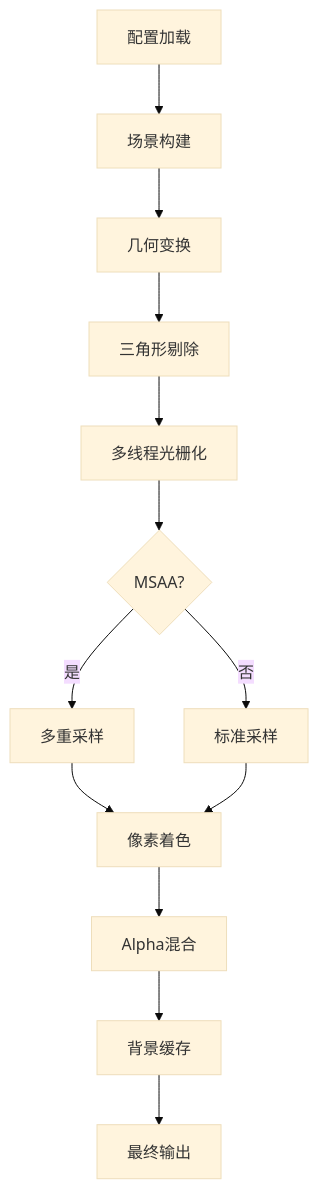
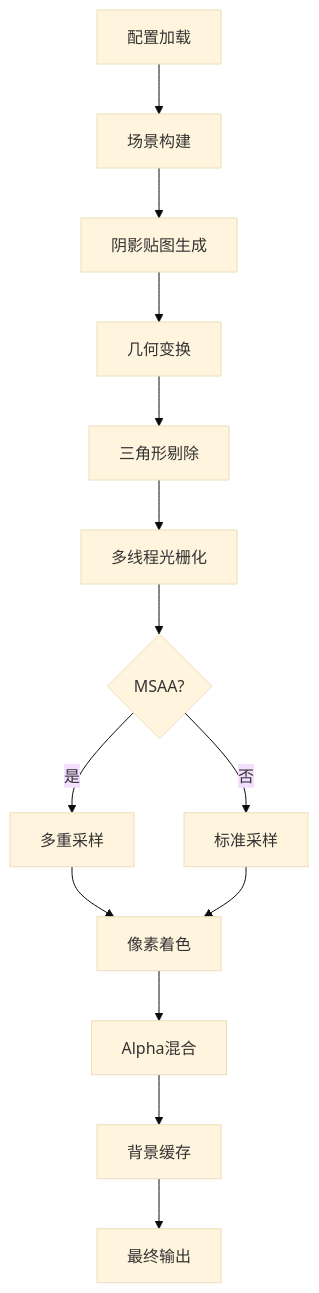
The diagram in README.md (Rukkhadevata123/rasterizer-rust), drawn with Mermaid (base theme) before and after one commit. The commit also changed other lines of this file and 13 other files, not shown here.

````diff
--- a/README.md
+++ b/README.md
@@ -203,15 +227,16 @@
 ```mermaid
 graph TD
     A[配置加载] --> B[场景构建]
-    B --> C[几何变换]
-    C --> D[三角形剔除]
-    D --> E[多线程光栅化]
-    E --> F{MSAA?}
-    F -->|是| G[多重采样]
-    F -->|否| H[标准采样]
-    G --> I[像素着色]
-    H --> I
-    I --> J[Alpha混合]
-    J --> K[背景缓存]
-    K --> L[最终输出]
+    B --> C[阴影贴图生成]
+    C --> D[几何变换]
+    D --> E[三角形剔除]
+    E --> F[多线程光栅化]
+    F --> G{MSAA?}
+    G -->|是| H[多重采样]
+    G -->|否| I[标准采样]
+    H --> J[像素着色]
+    I --> J
+    J --> K[Alpha混合]
+    K --> L[背景缓存]
+    L --> M[最终输出]
 ```
````
